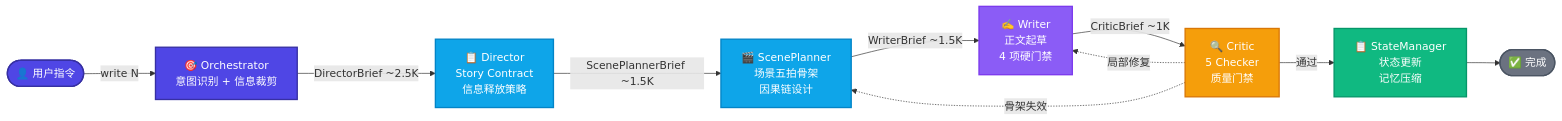
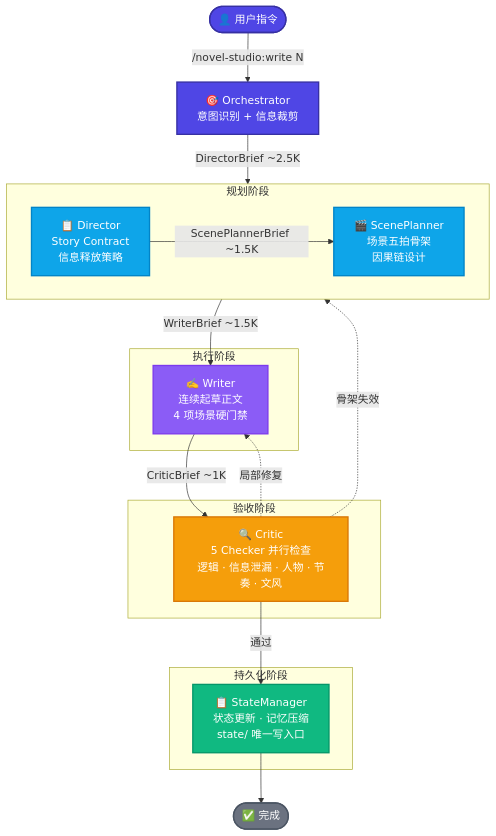
One commit to deathwhispers/novel-studio changed the diagram in README.md. Above: the diagram before and after it, drawn with Mermaid.

Commit message:
style: 架构图改为纵横混合布局
TB 主流程 + 四阶段 subgraph（direction LR），打破纯横向的局促感。

````diff
--- a/README.md
+++ b/README.md
@@ -58,24 +58,42 @@
 ```mermaid
-flowchart LR
+flowchart TB
     classDef entry fill:#4f46e5,stroke:#3730a3,color:#fff,stroke-width:2px
     classDef plan fill:#0ea5e9,stroke:#0284c7,color:#fff,stroke-width:2px
     classDef draft fill:#8b5cf6,stroke:#7c3aed,color:#fff,stroke-width:2px
     classDef review fill:#f59e0b,stroke:#d97706,color:#fff,stroke-width:2px
     classDef persist fill:#10b981,stroke:#059669,color:#fff,stroke-width:2px
     classDef done fill:#6b7280,stroke:#4b5563,color:#fff,stroke-width:2px
 
     User(["👤 用户指令"]):::entry
+    Orch["🎯 Orchestrator<br/>意图识别 + 信息裁剪"]:::entry
 
-    User -->|"write N"| Orch["🎯 Orchestrator<br/>意图识别 + 信息裁剪"]:::entry
+    User -->|"/novel-studio:write N"| Orch
 
-    Orch -->|"DirectorBrief ~2.5K"| Dir["📋 Director<br/>Story Contract<br/>信息释放策略"]:::plan
-    Dir -->|"ScenePlannerBrief ~1.5K"| SP["🎬 ScenePlanner<br/>场景五拍骨架<br/>因果链设计"]:::plan
-    SP -->|"WriterBrief ~1.5K"| W["✍️ Writer<br/>正文起草<br/>4 项硬门禁"]:::draft
-    W -->|"CriticBrief ~1K"| C["🔍 Critic<br/>5 Checker<br/>质量门禁"]:::review
+    subgraph Plan[" 规划阶段 "]
+        direction LR
+        Dir["📋 Director<br/>Story Contract<br/>信息释放策略"]:::plan
+        SP["🎬 ScenePlanner<br/>场景五拍骨架<br/>因果链设计"]:::plan
+        Dir -->|"ScenePlannerBrief ~1.5K"| SP
+    end
 
-    C -->|"通过"| SM["📋 StateManager<br/>状态更新<br/>记忆压缩"]:::persist
+    subgraph Execute[" 执行阶段 "]
+        W["✍️ Writer<br/>连续起草正文<br/>4 项场景硬门禁"]:::draft
+    end
+
+    subgraph Verify[" 验收阶段 "]
+        C["🔍 Critic<br/>5 Checker 并行检查<br/>逻辑 · 信息泄漏 · 人物 · 节奏 · 文风"]:::review
+    end
+
+    subgraph Commit[" 持久化阶段 "]
+        SM["📋 StateManager<br/>状态更新 · 记忆压缩<br/>state/ 唯一写入口"]:::persist
+    end
+
+    Orch -->|"DirectorBrief ~2.5K"| Dir
+    SP -->|"WriterBrief ~1.5K"| W
+    W -->|"CriticBrief ~1K"| C
+    C -->|"通过"| SM
     C -.->|"局部修复"| W
     C -.->|"骨架失效"| SP
 
     SM --> Done(["✅ 完成"]):::done
 ```
````
